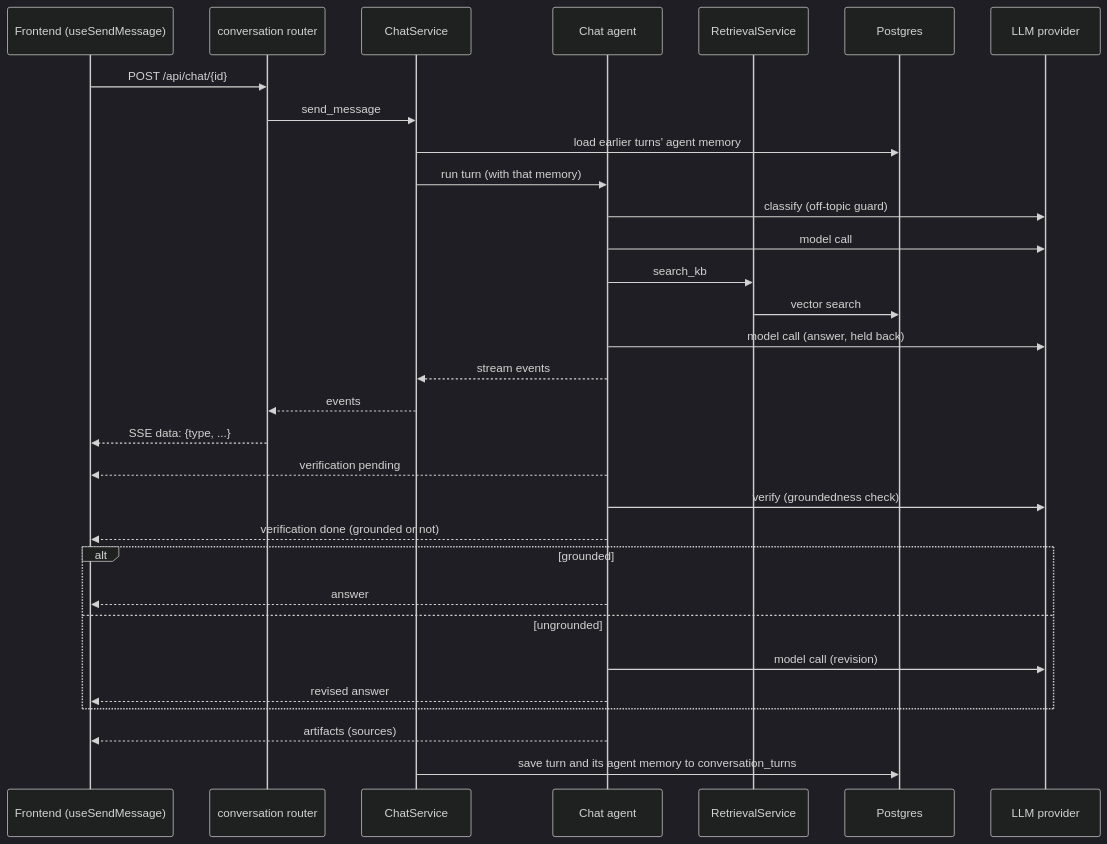
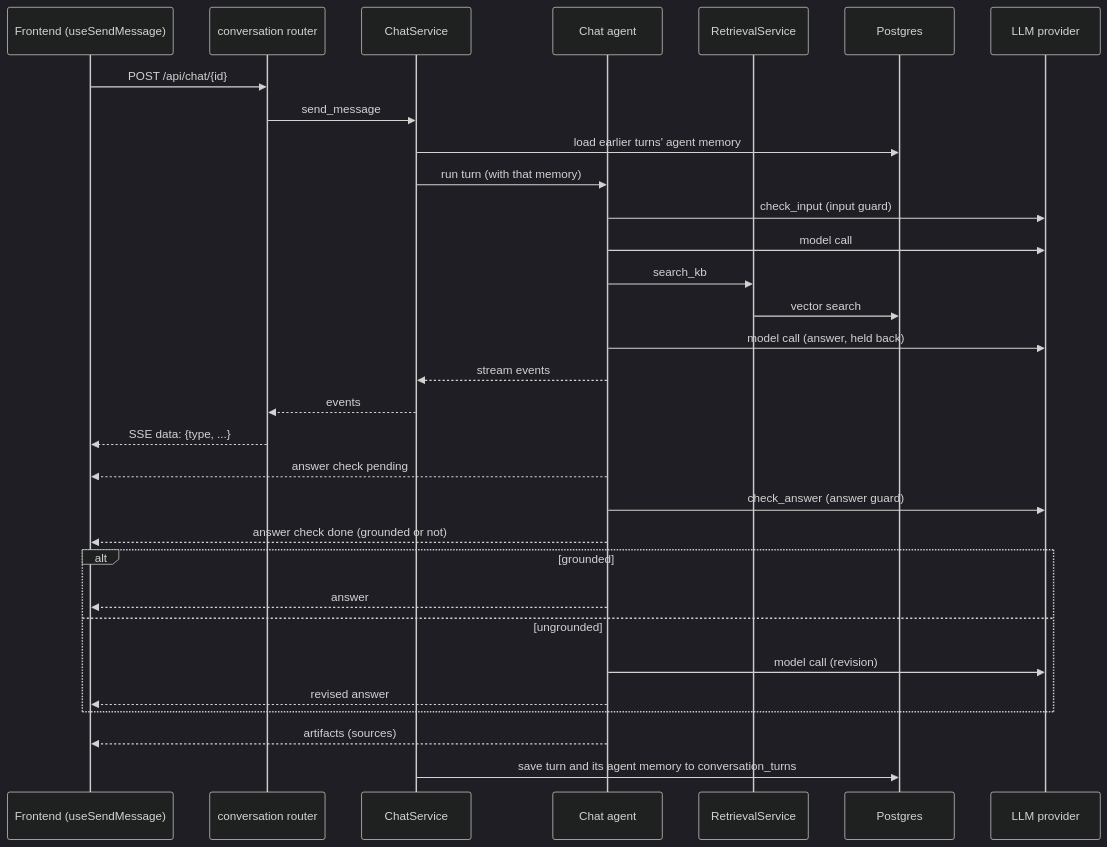
The diagram in docs/diagrams/chat-turn.md (hadifar/rag), drawn with Mermaid (dark theme) before and after one commit. The commit also changed 32 other files, not shown here.

````diff
--- a/docs/diagrams/chat-turn.md
+++ b/docs/diagrams/chat-turn.md
@@ -3,34 +3,34 @@
 ```mermaid
 sequenceDiagram
     participant UI as Frontend (useSendMessage)
     participant R as conversation router
     participant CS as ChatService
     participant A as Chat agent
     participant KB as RetrievalService
     participant DB as Postgres
     participant LLM as LLM provider
 
     UI->>R: POST /api/chat/{id}
     R->>CS: send_message
     CS->>DB: load earlier turns' agent memory
     CS->>A: run turn (with that memory)
-    A->>LLM: classify (off-topic guard)
+    A->>LLM: check_input (input guard)
     A->>LLM: model call
     A->>KB: search_kb
     KB->>DB: vector search
     A->>LLM: model call (answer, held back)
     A-->>CS: stream events
     CS-->>R: events
     R-->>UI: SSE data: {type, ...}
-    A-->>UI: verification pending
-    A->>LLM: verify (groundedness check)
-    A-->>UI: verification done (grounded or not)
+    A-->>UI: answer check pending
+    A->>LLM: check_answer (answer guard)
+    A-->>UI: answer check done (grounded or not)
     alt grounded
         A-->>UI: answer
     else ungrounded
         A->>LLM: model call (revision)
         A-->>UI: revised answer
     end
     A-->>UI: artifacts (sources)
     CS->>DB: save turn and its agent memory to conversation_turns
 ```
````
